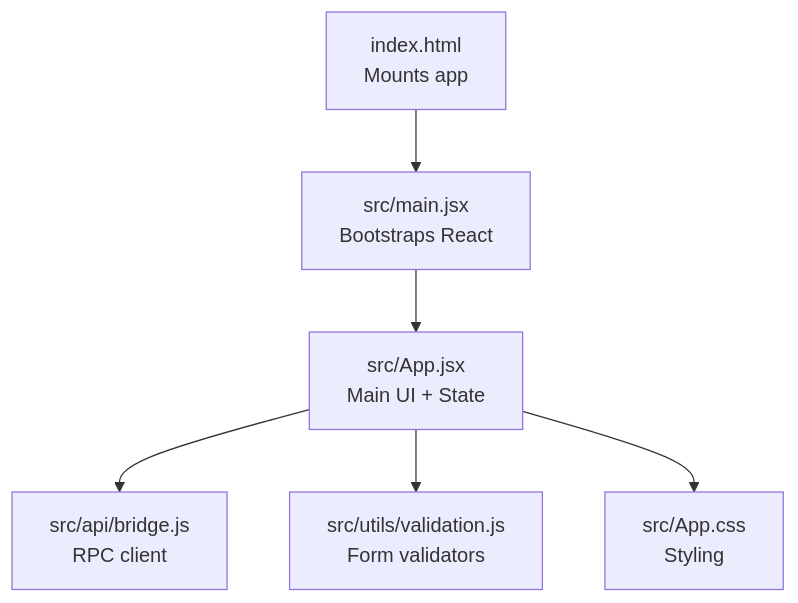
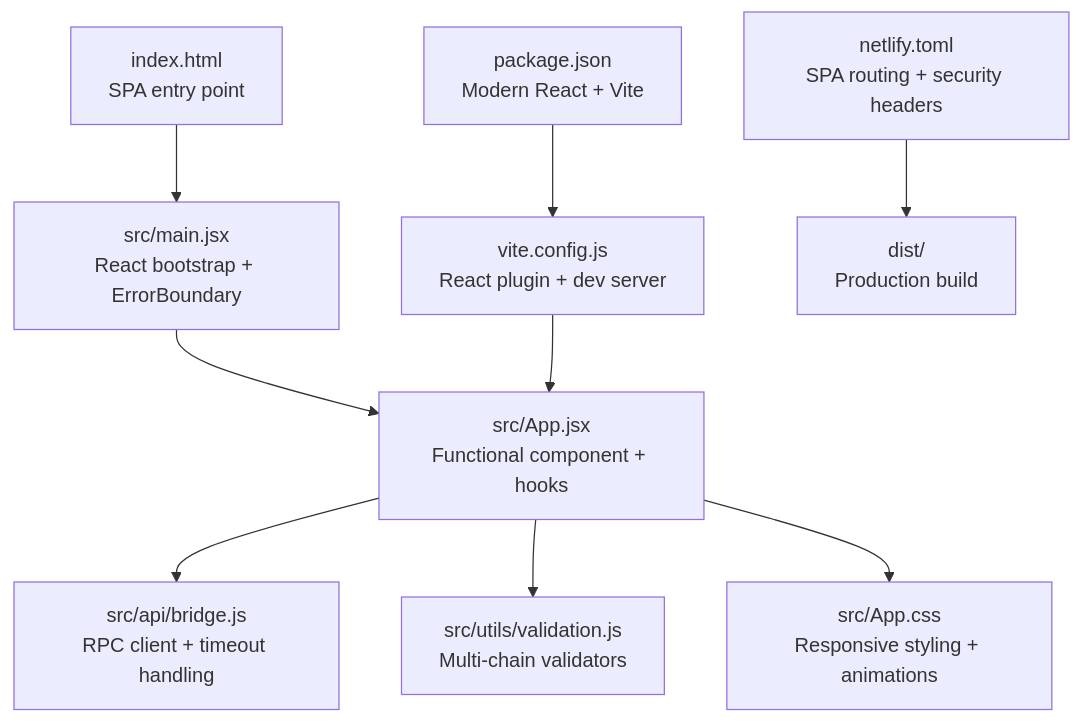
The first of 6 diagrams in .qoder/repowiki/en/content/Development Guide.md (KaranMakani/deposit-fixer), drawn with Mermaid before and after one commit. The commit also changed other lines of this file and 10 other files, not shown here.

````diff
--- a/.qoder/repowiki/en/content/Development Guide.md
+++ b/.qoder/repowiki/en/content/Development Guide.md
@@ -40,8 +54,11 @@
 ```mermaid
 graph TB
-HTML["index.html<br/>Mounts app"] --> MAIN["src/main.jsx<br/>Bootstraps React"]
-MAIN --> APP["src/App.jsx<br/>Main UI + State"]
-APP --> API["src/api/bridge.js<br/>RPC client"]
-APP --> VALID["src/utils/validation.js<br/>Form validators"]
-APP --> CSS["src/App.css<br/>Styling"]
+HTML["index.html<br/>SPA entry point"] --> MAIN["src/main.jsx<br/>React bootstrap + ErrorBoundary"]
+MAIN --> APP["src/App.jsx<br/>Functional component + hooks"]
+APP --> API["src/api/bridge.js<br/>RPC client + timeout handling"]
+APP --> VALID["src/utils/validation.js<br/>Multi-chain validators"]
+APP --> CSS["src/App.css<br/>Responsive styling + animations"]
+CONFIG["vite.config.js<br/>React plugin + dev server"] --> APP
+DEPS["package.json<br/>Modern React + Vite"] --> CONFIG
+DEPLOY["netlify.toml<br/>SPA routing + security headers"] --> DIST["dist/<br/>Production build"]
 ```
````
